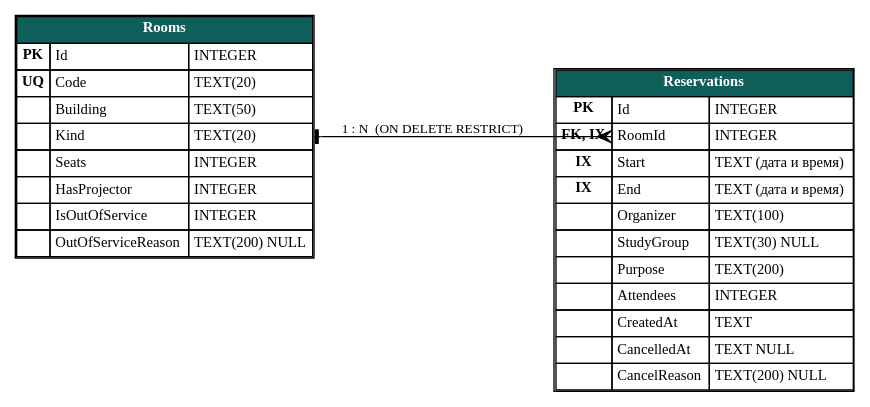
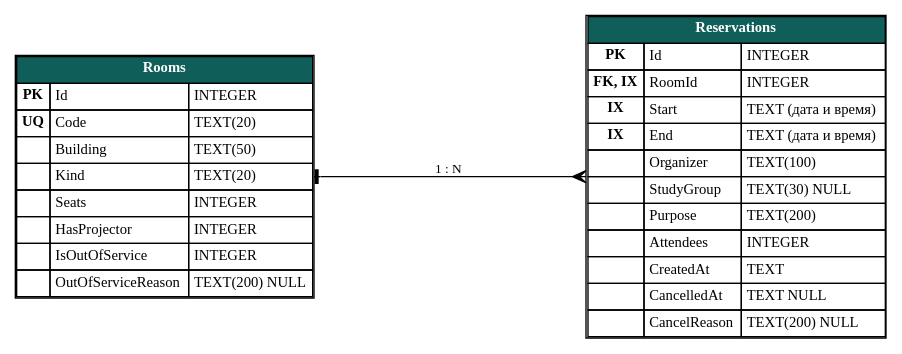
The diagram in docs/report/diagrams/schema.dot (Black287234/KP-shahin), drawn with Graphviz before and after one commit. The commit also changed 11 other files, not shown here.

First line of the commit message:
Упрощены схемы, легенда к выделенному правилу, последний слайд — только «Спасибо за внимание»

```diff
--- a/docs/report/diagrams/schema.dot
+++ b/docs/report/diagrams/schema.dot
@@ -1,33 +1,33 @@
 digraph G {
-  graph [rankdir=LR, fontname="Liberation Serif", bgcolor=white, nodesep=0.6];
+  graph [rankdir=LR, fontname="Liberation Serif", bgcolor=white, nodesep=0.6, ranksep=1.2];
   node [shape=plain, fontname="Liberation Serif", fontsize=11];
   edge [fontname="Liberation Serif", fontsize=10, arrowhead=crow, arrowtail=tee, dir=both];
   Rooms [label=<
   <table border="1" cellborder="1" cellspacing="0" cellpadding="3">
    <tr><td colspan="3" bgcolor="#0f5e5a"><font color="white"><b>Rooms</b></font></td></tr>
    <tr><td><b>PK</b></td><td align="left">Id</td><td align="left">INTEGER</td></tr>
    <tr><td><b>UQ</b></td><td align="left">Code</td><td align="left">TEXT(20)</td></tr>
    <tr><td></td><td align="left">Building</td><td align="left">TEXT(50)</td></tr>
    <tr><td></td><td align="left">Kind</td><td align="left">TEXT(20)</td></tr>
    <tr><td></td><td align="left">Seats</td><td align="left">INTEGER</td></tr>
    <tr><td></td><td align="left">HasProjector</td><td align="left">INTEGER</td></tr>
    <tr><td></td><td align="left">IsOutOfService</td><td align="left">INTEGER</td></tr>
    <tr><td></td><td align="left">OutOfServiceReason</td><td align="left">TEXT(200) NULL</td></tr>
   </table>>];
   Reservations [label=<
   <table border="1" cellborder="1" cellspacing="0" cellpadding="3">
    <tr><td colspan="3" bgcolor="#0f5e5a"><font color="white"><b>Reservations</b></font></td></tr>
    <tr><td><b>PK</b></td><td align="left">Id</td><td align="left">INTEGER</td></tr>
-   <tr><td><b>FK, IX</b></td><td align="left" port="fk">RoomId</td><td align="left">INTEGER</td></tr>
+   <tr><td><b>FK, IX</b></td><td align="left">RoomId</td><td align="left">INTEGER</td></tr>
    <tr><td><b>IX</b></td><td align="left">Start</td><td align="left">TEXT (дата и время)</td></tr>
    <tr><td><b>IX</b></td><td align="left">End</td><td align="left">TEXT (дата и время)</td></tr>
    <tr><td></td><td align="left">Organizer</td><td align="left">TEXT(100)</td></tr>
    <tr><td></td><td align="left">StudyGroup</td><td align="left">TEXT(30) NULL</td></tr>
    <tr><td></td><td align="left">Purpose</td><td align="left">TEXT(200)</td></tr>
    <tr><td></td><td align="left">Attendees</td><td align="left">INTEGER</td></tr>
    <tr><td></td><td align="left">CreatedAt</td><td align="left">TEXT</td></tr>
    <tr><td></td><td align="left">CancelledAt</td><td align="left">TEXT NULL</td></tr>
    <tr><td></td><td align="left">CancelReason</td><td align="left">TEXT(200) NULL</td></tr>
   </table>>];
-  Rooms -> Reservations:fk [label="  1 : N  (ON DELETE RESTRICT)  "];
+  Rooms -> Reservations [label="  1 : N  ", headport=w, tailport=e, minlen=2];
 }
```
